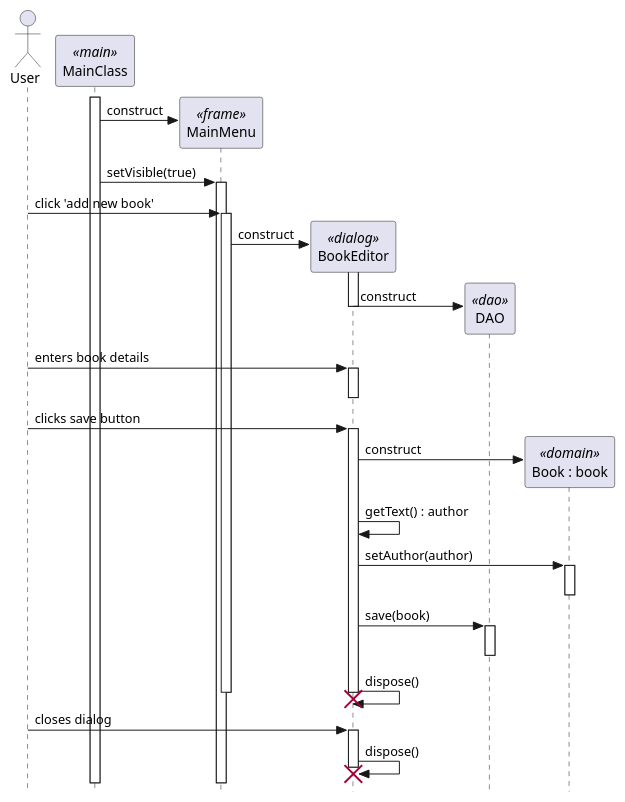
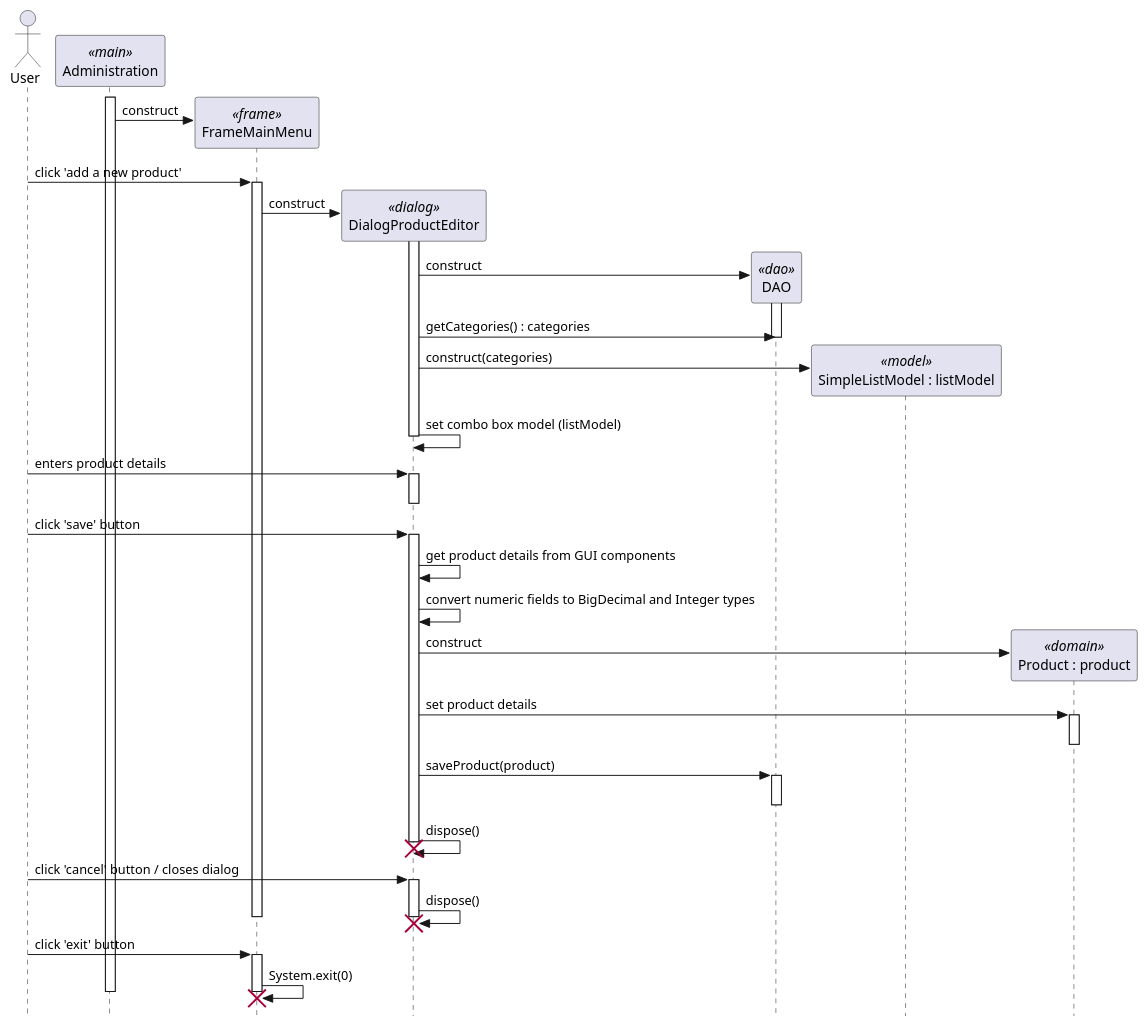
Before and after one commit to matthewdockerty/INFO202Shopping: the diagram in addNewProduct.puml, drawn with PlantUML.

Commit message:
Completeted sequence diagram for adding a new product. Closes #8.

```diff
--- a/addNewProduct.puml
+++ b/addNewProduct.puml
@@ -1,60 +1,73 @@
 @startuml
     ' REFERENCE: https://isgb.otago.ac.nz/infosci/INFO202/reference/raw/master/reference.html#Sequence%20Diagrams:Contents%20%5B%5BSequence%20Diagrams%5D%5D
 
     ' use strict UML mode
     skinparam style strictuml
 
     actor "User" as user
-    participant "MainClass" as main <<main>>
+    participant "Administration" as main <<main>>
     main++
 
-    create "MainMenu" as menu <<frame>>
+    create "FrameMainMenu" as menu <<frame>>
 
     main -> menu : construct
-    main -> menu++ : setVisible(true)
     
-    user -> menu++ : click 'add new book'
+    user -> menu++ : click 'add a new product'
     
-    create "BookEditor" as editor <<dialog>>
+    create "DialogProductEditor" as editor <<dialog>>
     menu -> editor : construct
 
     ' activate editor constructor
     editor++
         ' create a DAO
         create "DAO" as dao <<dao>>
-        editor -> dao : construct
+        editor -> dao++ : construct
+
+        editor -> dao : getCategories() : categories
+        dao--
+
+        create "SimpleListModel : listModel" as listModel <<model>>
+        editor -> listModel : construct(categories)
+        editor -> editor : set combo box model (listModel)
+
         editor--
 
-    ' user enters book details and clicks the save button
-    user -> editor++ : enters book details
+    ' user enters product details and clicks the save button
+    user -> editor++ : enters product details
         editor--
-    user ->  editor++ : clicks save button
-        ' construct the book object
-        create "Book : book" as book <<domain>>
-        editor -> book : construct
+    user ->  editor++ : click 'save' button
+        editor -> editor : get product details from GUI components
 
-        ' get the author from the relevant text component
-        editor -> editor : getText() : author
+        editor -> editor : convert numeric fields to BigDecimal and Integer types
 
-        ' set the author field in the book
-        editor -> book++ : setAuthor(author)
-            book--
+        ' construct the product object
+        create "Product : product" as product <<domain>>
+        editor -> product : construct
 
-        ' save book
-        editor -> dao++ : save(book)
+        ' set the fields in the product
+        editor -> product++ : set product details
+            product--
+
+        ' save product
+        editor -> dao++ : saveProduct(product)
             dao--
 
         ' dispose dialog
         editor -> editor : dispose()
         destroy editor
-        menu--
-
         editor--
         
     ' user closes the dialog
-    user -> editor++ : closes dialog
+    user -> editor++ : click 'cancel' button / closes dialog
         ' dispose dialog
         editor -> editor : dispose()
         destroy editor
+        menu--
         
+    user -> menu++ : click 'exit' button
+    menu -> menu : System.exit(0)
+    destroy menu
+    main--
+
+    
 @enduml
```
